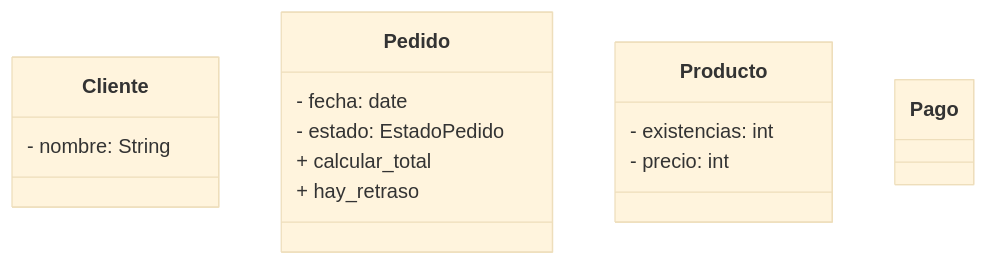
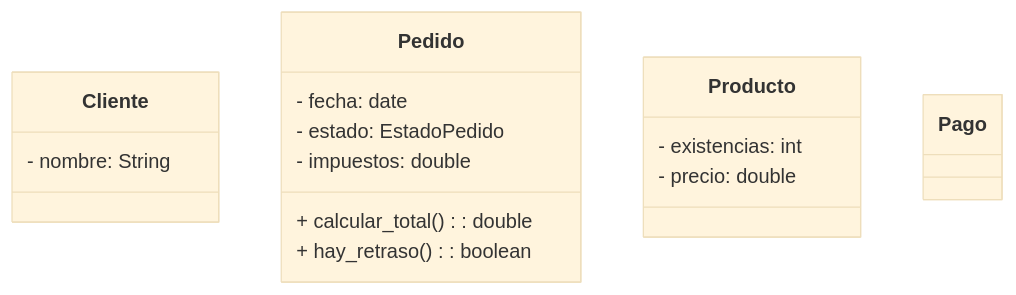
Before and after one commit to SirAivan/CD_Tema2_Ejercicios: the diagram in gestion_pedidos.mmd, drawn with Mermaid (base theme). The commit also changed 3 other files, not shown here.

```diff
--- a/gestion_pedidos.mmd
+++ b/gestion_pedidos.mmd
@@ -1,21 +1,22 @@
 classDiagram
 
  class Cliente{
     - nombre: String
  }
 
  class Pedido{
     - fecha: date
     - estado: EstadoPedido
-    + calcular_total
-    + hay_retraso
+    - impuestos: double
+    + calcular_total (): double
+    + hay_retraso (): boolean
  }
 
  class Producto{
     - existencias: int
-    - precio: int
+    - precio: double
  }
 
  class Pago{
     
  }
```
